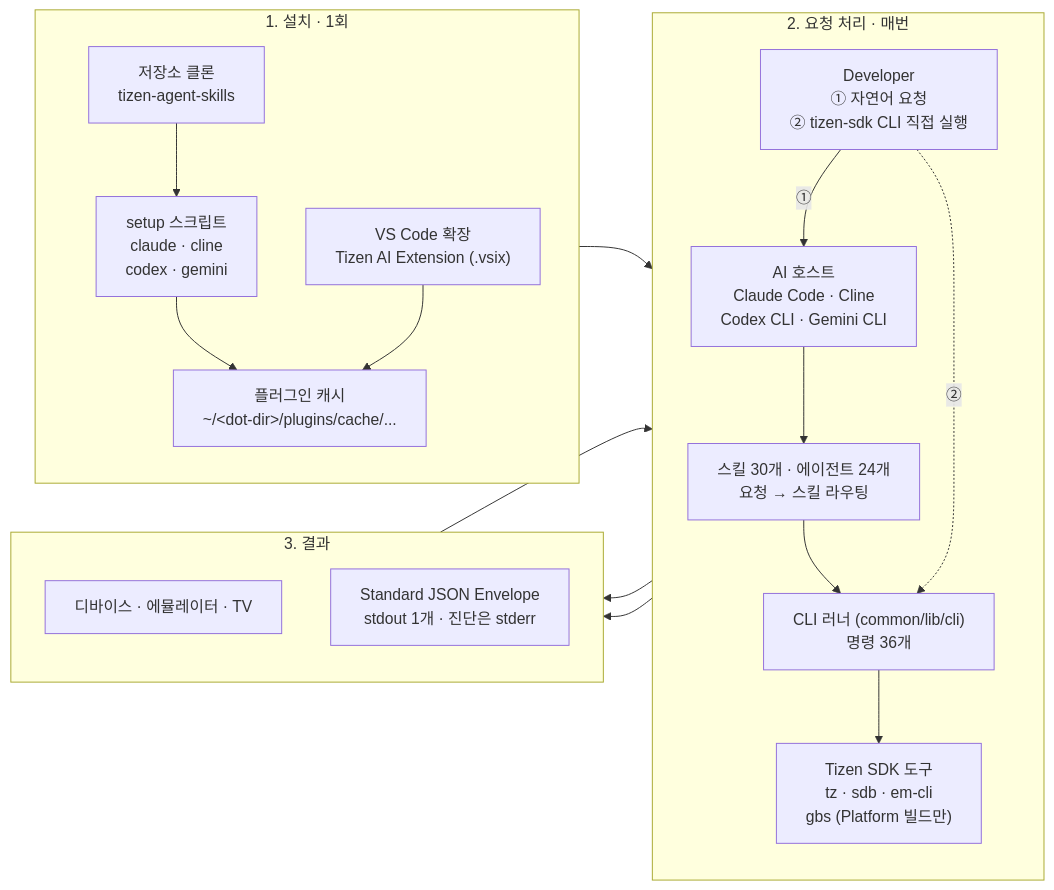
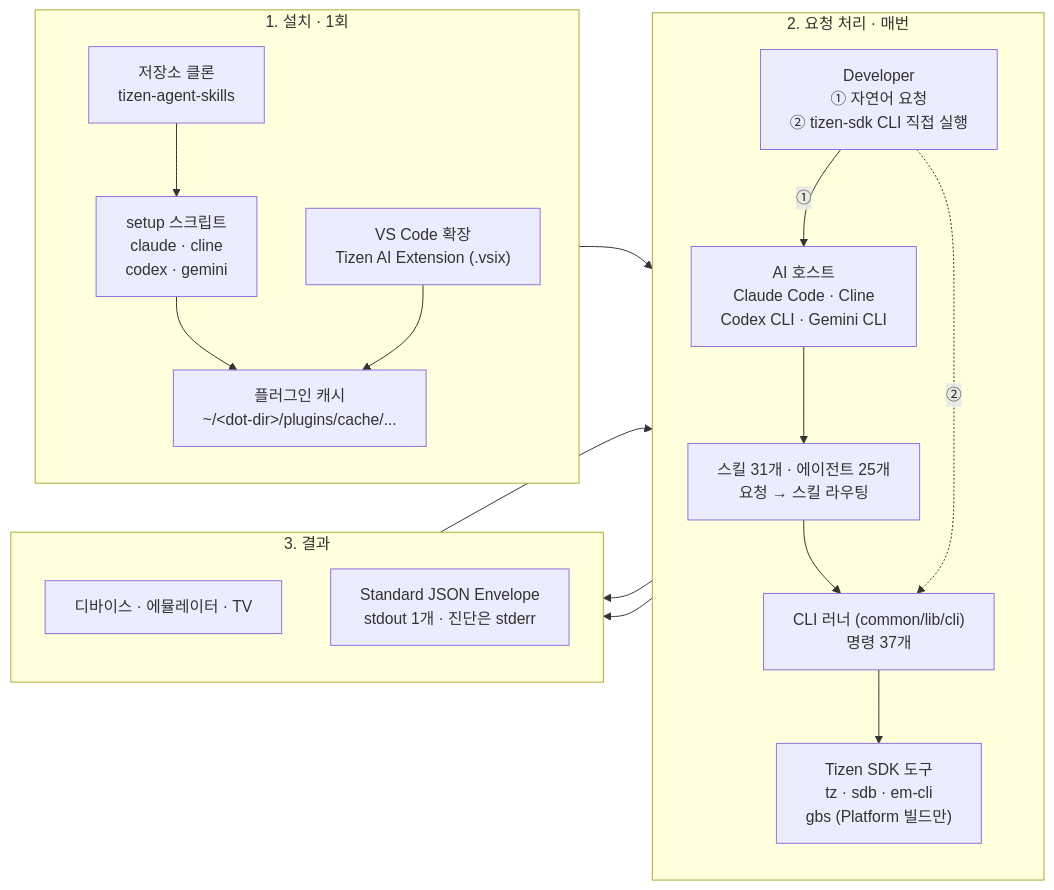
One commit to Samsung/tizen-agent-skills changed the first of 2 diagrams in tizen-sdk-skills/quick-guide.ko.md. Above: the diagram before and after it, drawn with Mermaid. The commit also changed other lines of this file and 35 other files, not shown here.

````diff
--- a/tizen-sdk-skills/quick-guide.ko.md
+++ b/tizen-sdk-skills/quick-guide.ko.md
@@ -11,33 +11,33 @@
 ```mermaid
 flowchart LR
     subgraph S1["1. 설치 · 1회"]
         direction TB
         Clone["저장소 클론<br/>tizen-agent-skills"] --> Setup["setup 스크립트<br/>claude · cline<br/>codex · gemini"]
         VSIX["VS Code 확장<br/>Tizen AI Extension (.vsix)"]
         Setup --> Cache["플러그인 캐시<br/>~/&lt;dot-dir&gt;/plugins/cache/..."]
         VSIX --> Cache
     end
 
     subgraph S2["2. 요청 처리 · 매번"]
         direction TB
         Dev["Developer<br/>① 자연어 요청<br/>② tizen-sdk CLI 직접 실행"]
         Host["AI 호스트<br/>Claude Code · Cline<br/>Codex CLI · Gemini CLI"]
-        Skill["스킬 30개 · 에이전트 24개<br/>요청 → 스킬 라우팅"]
-        Runner["CLI 러너 (common/lib/cli)<br/>명령 36개"]
+        Skill["스킬 31개 · 에이전트 25개<br/>요청 → 스킬 라우팅"]
+        Runner["CLI 러너 (common/lib/cli)<br/>명령 37개"]
         Tools["Tizen SDK 도구<br/>tz · sdb · em-cli<br/>gbs (Platform 빌드만)"]
         Dev -->|①| Host --> Skill --> Runner
         Dev -.->|②| Runner
         Runner --> Tools
     end
 
     subgraph S3["3. 결과"]
         direction TB
         Target["디바이스 · 에뮬레이터 · TV"]
         Env["Standard JSON Envelope<br/>stdout 1개 · 진단은 stderr"]
     end
 
     Cache --> Skill
     Tools --> Target
     Runner --> Env
     Env --> Host
 ```
````
